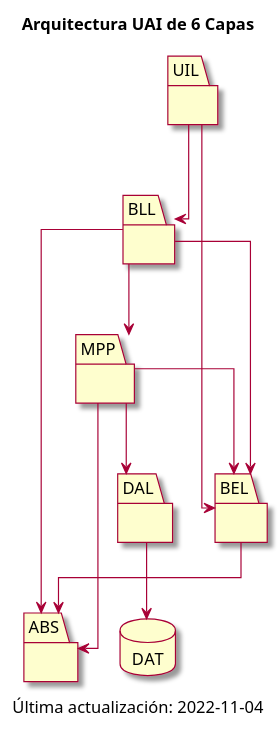
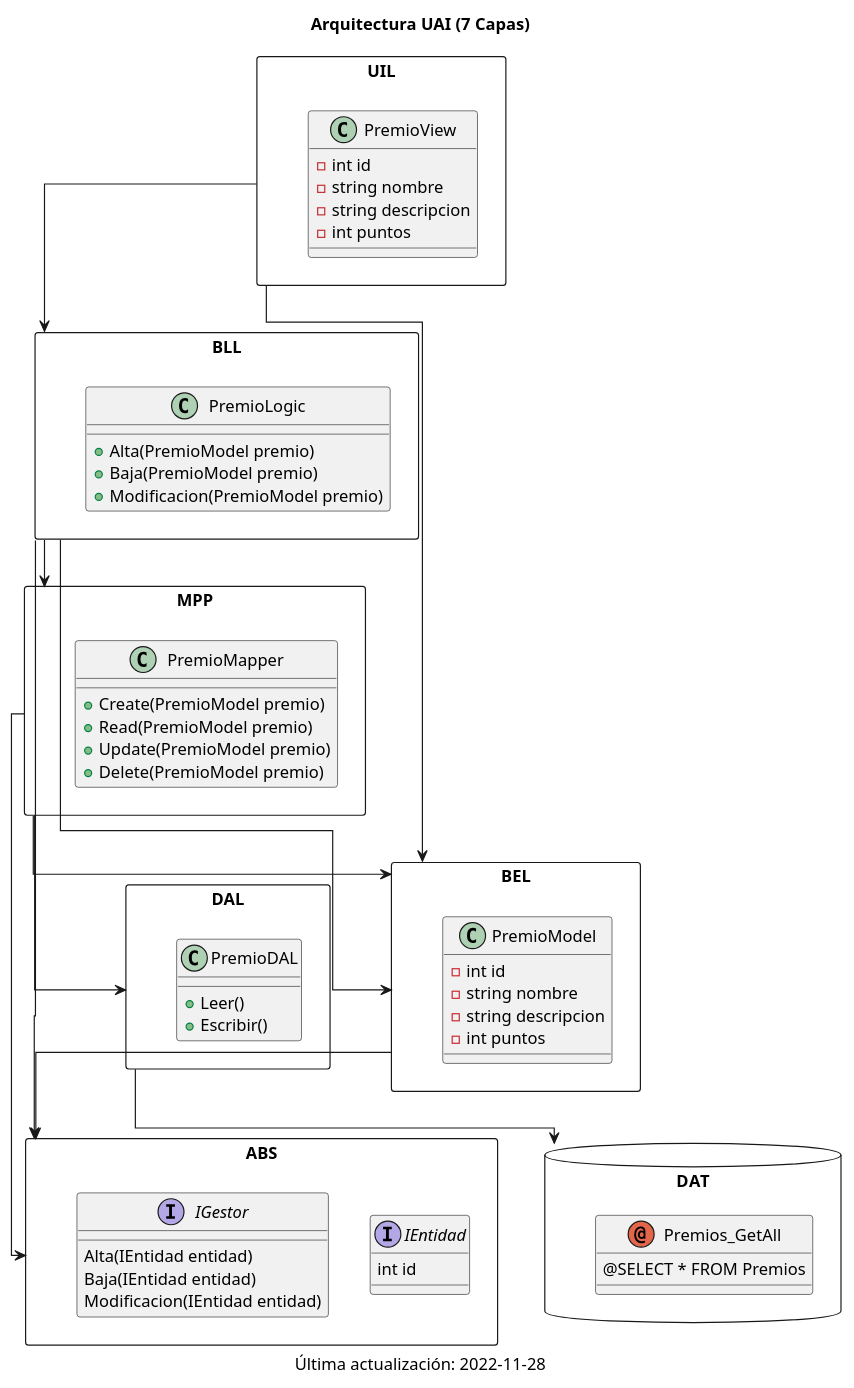
One commit to zherar7ordoya/AP5 changed the diagram in (EndGame)/Gestor de Campeonatos/docs/16. Arquitectura UAI de 6 Capas.puml. Above: the diagram before and after it, drawn with PlantUML. The commit also changed other lines of this file, not shown here.

Commit message:
2022-11-28

```diff
--- a/(EndGame)/Gestor de Campeonatos/docs/16. Arquitectura UAI de 6 Capas.puml
+++ b/(EndGame)/Gestor de Campeonatos/docs/16. Arquitectura UAI de 6 Capas.puml
@@ -7,68 +7,115 @@
 @startuml Gestor de Campeonatos
 
 ' ─── CONFIGURACIONES ──────────────────────────────────────────────────────────
 
-skin rose
-skinparam classFontName Calibri
+' skin rose
+' skinparam classFontName Calibri
 ' skinparam shadowing false
 ' hide circle
 skinparam linetype ortho
 
 ' --- TÍTULO ───────────────────────────────────────────────────────────────────
 
-title Arquitectura UAI de 6 Capas
+title Arquitectura UAI (7 Capas)
 
 ' ─── ENTIDADES ────────────────────────────────────────────────────────────────
 
-package BEL
+package BEL <<Rectangle>>
 {
+    class PremioModel
+    {
+        - int id
+        - string nombre
+        - string descripcion
+        - int puntos
+    }
 }
 
-package UIL
+package UIL <<Rectangle>>
 {
+    class PremioView
+    {
+        - int id
+        - string nombre
+        - string descripcion
+        - int puntos
+    }
 }
 
-package BLL
+package BLL <<Rectangle>>
 {
+    class PremioLogic
+    {
+        + Alta(PremioModel premio)
+        + Baja(PremioModel premio)
+        + Modificacion(PremioModel premio)
+    }
 }
 
-package MPP
+package MPP <<Rectangle>>
 {
+    class PremioMapper
+    {
+        + Create(PremioModel premio)
+        + Read(PremioModel premio)
+        + Update(PremioModel premio)
+        + Delete(PremioModel premio)
+    }
 }
 
-package DAL
+package DAL <<Rectangle>>
 {
+    class PremioDAL
+    {
+        + Leer()
+        + Escribir()
+    }
+    
 }
 
-package ABS
+package ABS <<Rectangle>>
 {
+    interface IEntidad
+    {
+        int id
+    }
+    interface IGestor
+    {
+        Alta(IEntidad entidad)
+        Baja(IEntidad entidad)
+        Modificacion(IEntidad entidad)
+    }
 }
 
 package DAT <<Database>>
 {
+    annotation Premios_GetAll
+    {
+        @SELECT * FROM Premios
+    }
 }
 
 ' ─── RELACIONES ───────────────────────────────────────────────────────────────
 
 BLL -[plain]-> MPP
 DAL -[plain]-> DAT
 MPP -[plain]-> DAL
 UIL -[plain]-> BLL
 
 BLL -[plain]-> BEL
 MPP -[plain]-> BEL
 UIL -[plain]-> BEL
 
 BEL -[plain]-> ABS
 BLL -[plain]-> ABS
 MPP -[plain]-> ABS
 
 ' ─── NOTAS ────────────────────────────────────────────────────────────────────
 
 
 ' ─── SUBTÍTULO ────────────────────────────────────────────────────────────────
 
-caption Última actualización: 2022-11-04
+caption Última actualización: 2022-11-28
 
 ' ─── FIN ──────────────────────────────────────────────────────────────────────
 @enduml
```
